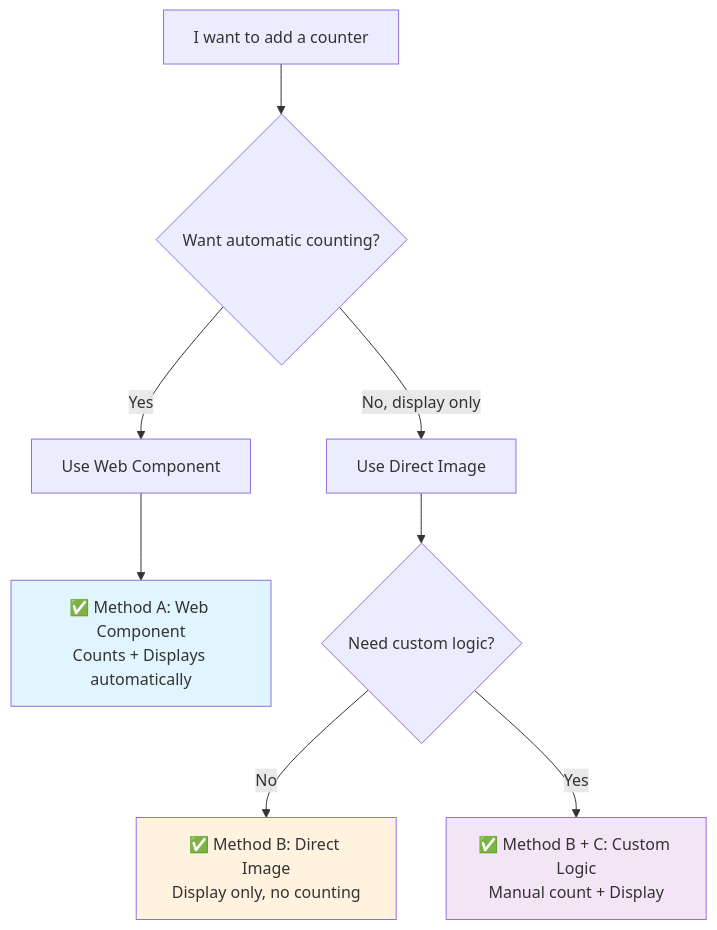
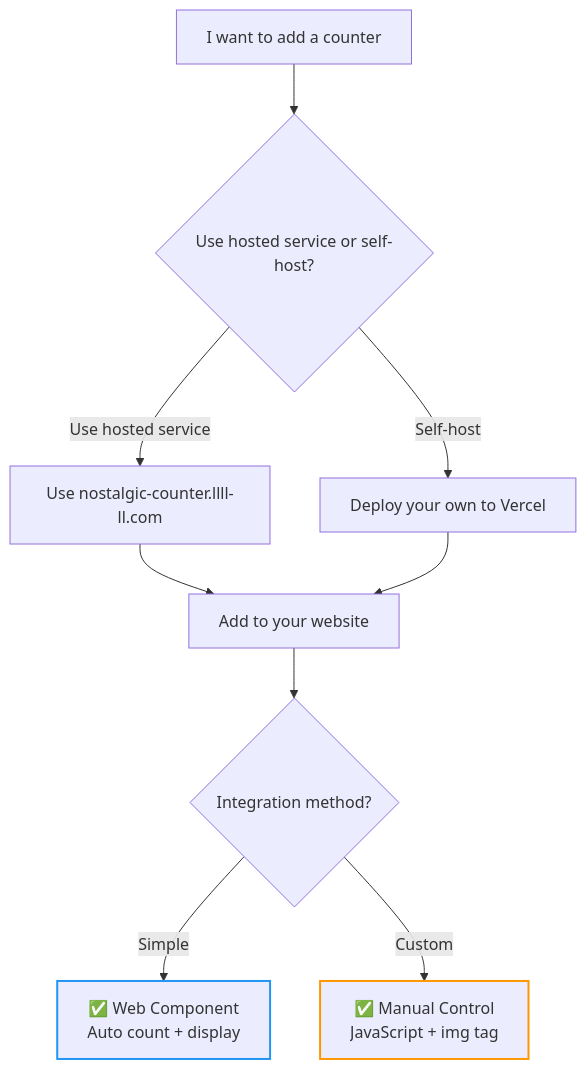
The diagram in README.md (kako-jun/nostalgic), drawn with Mermaid before and after one commit. The commit also changed other lines of this file and 14 other files, not shown here.

First line of the commit message:
Update domain to nostalgic-counter.llll-ll.com and improve documentation

````diff
--- a/README.md
+++ b/README.md
@@ -40,16 +40,16 @@
 ```mermaid
 flowchart TD
-    A[I want to add a counter] --> B{Want automatic counting?}
-    B -->|Yes| C[Use Web Component]
-    B -->|No, display only| D[Use Direct Image]
+    A[I want to add a counter] --> B{Use hosted service or self-host?}
+    B -->|Use hosted service| C[Use nostalgic-counter.llll-ll.com]
+    B -->|Self-host| D[Deploy your own to Vercel]
     
-    C --> E[✅ Method A: Web Component<br/>Counts + Displays automatically]
+    C --> E[Add to your website]
+    D --> E
     
-    D --> F{Need custom logic?}
-    F -->|No| G[✅ Method B: Direct Image<br/>Display only, no counting]
-    F -->|Yes| H[✅ Method B + C: Custom Logic<br/>Manual count + Display]
+    E --> F{Integration method?}
+    F -->|Simple| G[✅ Web Component<br/>Auto count + display]
+    F -->|Custom| H[✅ Manual Control<br/>JavaScript + img tag]
     
-    style E fill:#e1f5fe
-    style G fill:#fff3e0
-    style H fill:#f3e5f5
+    style G stroke:#2196F3,stroke-width:2px
+    style H stroke:#FF9800,stroke-width:2px
 ```
````
